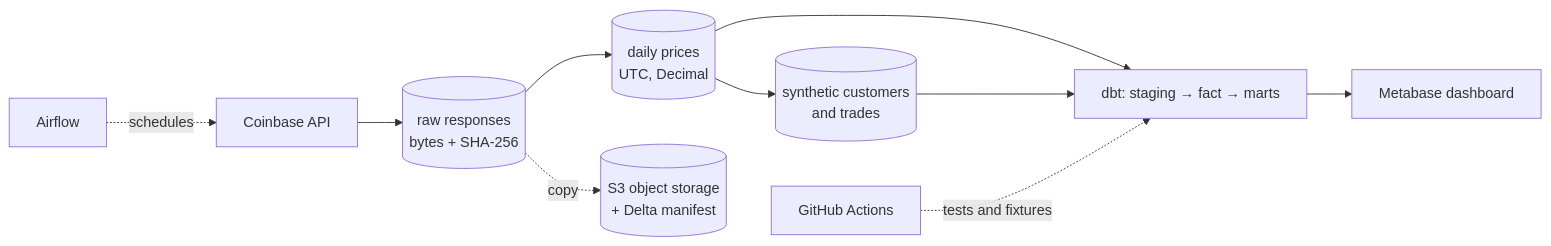
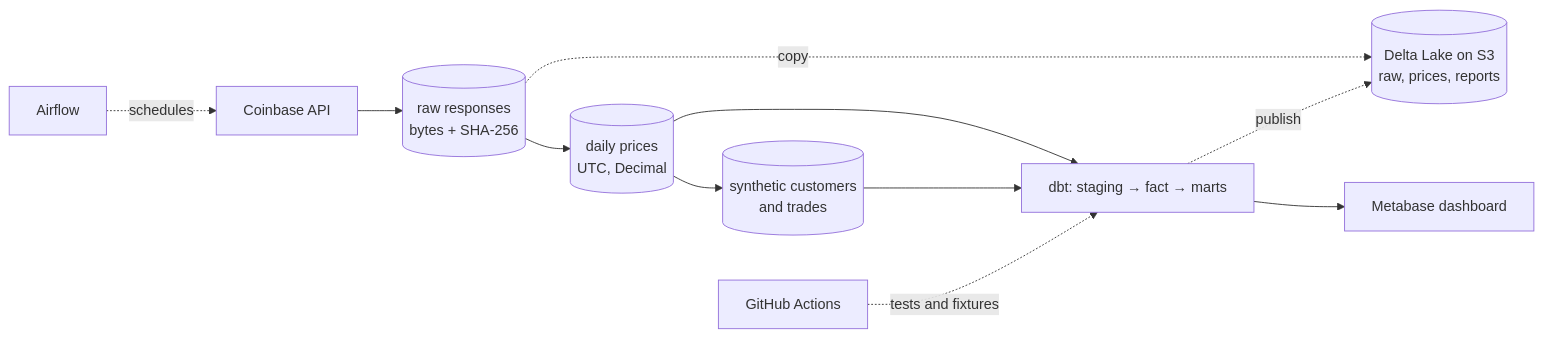
One commit to sanh0804/investment-data-pipeline changed the diagram in README.md. Above: the diagram before and after it, drawn with Mermaid. The commit also changed other lines of this file and 8 other files, not shown here.

````diff
--- a/README.md
+++ b/README.md
@@ -13,12 +13,13 @@
 ```mermaid
 flowchart LR
     API[Coinbase API] --> RAW[(raw responses<br/>bytes + SHA-256)]
     RAW --> PRICES[(daily prices<br/>UTC, Decimal)]
-    RAW -. copy .-> LAKE[(S3 object storage<br/>+ Delta manifest)]
+    RAW -. copy .-> LAKE[(Delta Lake on S3<br/>raw, prices, reports)]
+    DBT -. publish .-> LAKE
     PRICES --> SYN[(synthetic customers<br/>and trades)]
     PRICES --> DBT[dbt: staging → fact → marts]
     SYN --> DBT
     DBT --> BI[Metabase dashboard]
     AF[Airflow] -. schedules .-> API
     CI[GitHub Actions] -. tests and fixtures .-> DBT
 ```
````
